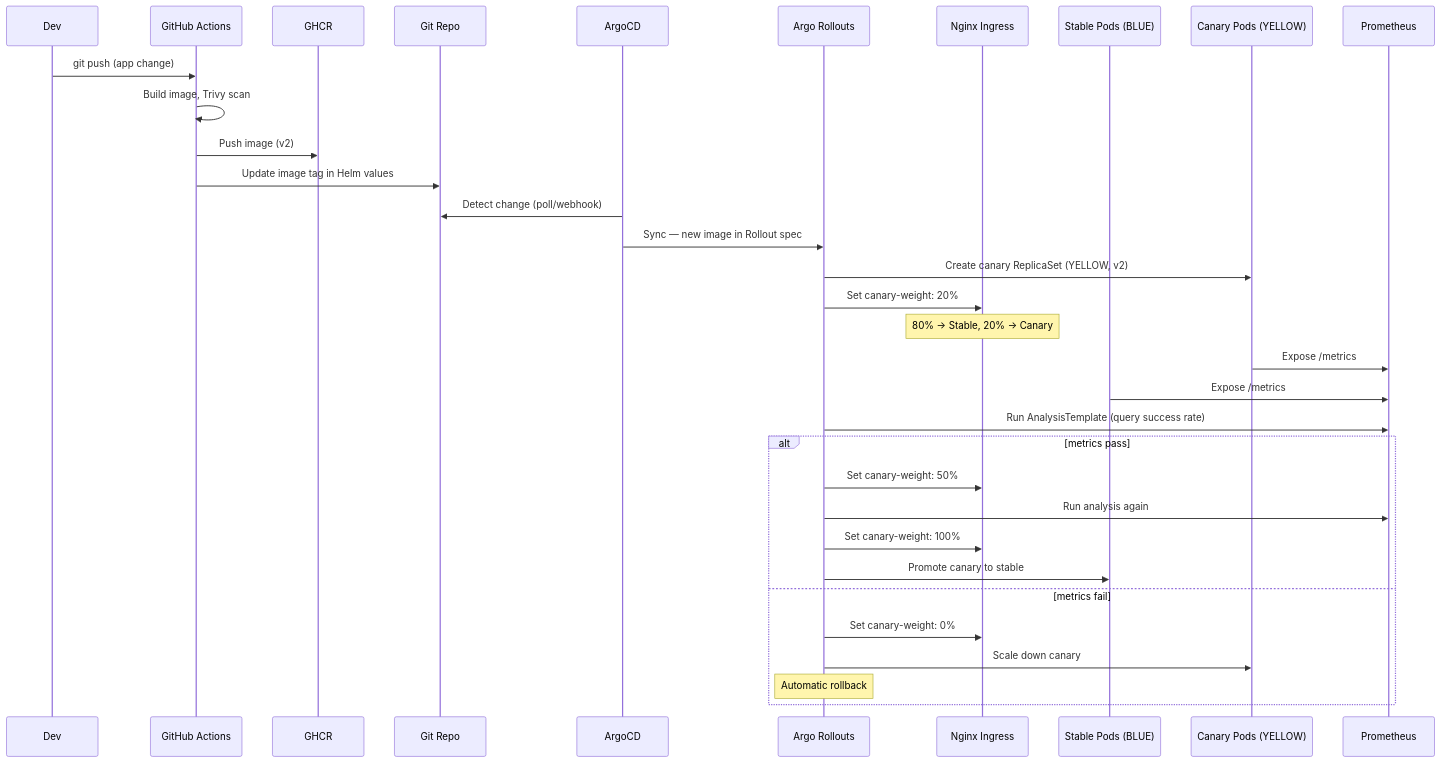
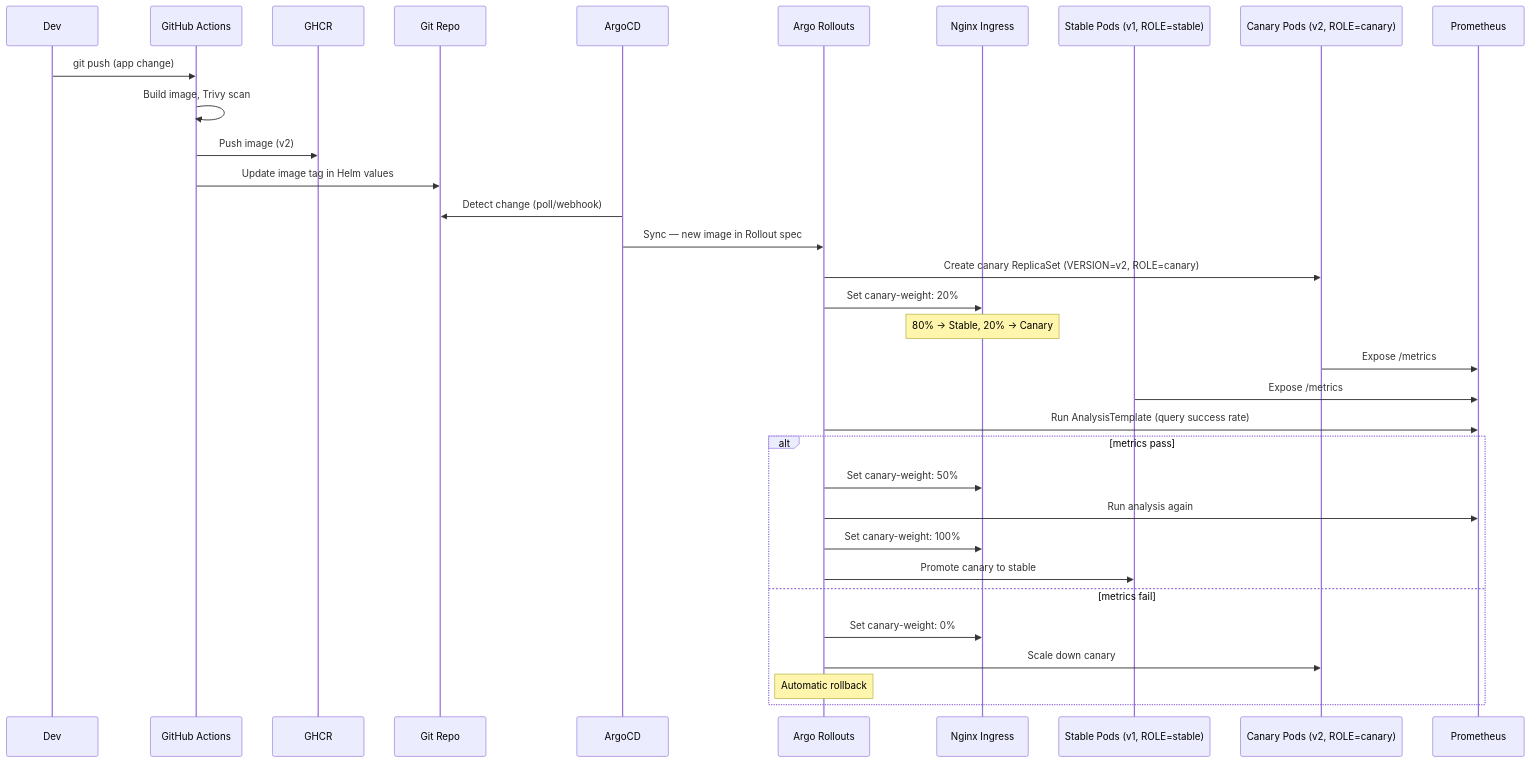
One commit to bullet-ant/k8s-canary-delivery-platform changed the second of 2 diagrams in docs/ARCHITECTURE.md. Above: the diagram before and after it, drawn with Mermaid. The commit also changed other lines of this file and 9 other files, not shown here.

First line of the commit message:
feat: update canary demo to use version-based traffic visualization

````diff
--- a/docs/ARCHITECTURE.md
+++ b/docs/ARCHITECTURE.md
@@ -165,36 +163,36 @@
 ```mermaid
 sequenceDiagram
     participant Dev
     participant GitHub as GitHub Actions
     participant GHCR
     participant Repo as Git Repo
     participant ArgoCD
     participant Rollouts as Argo Rollouts
     participant Nginx as Nginx Ingress
-    participant Stable as Stable Pods (BLUE)
-    participant Canary as Canary Pods (YELLOW)
+    participant Stable as Stable Pods (v1, ROLE=stable)
+    participant Canary as Canary Pods (v2, ROLE=canary)
     participant Prom as Prometheus
 
     Dev->>GitHub: git push (app change)
     GitHub->>GitHub: Build image, Trivy scan
     GitHub->>GHCR: Push image (v2)
     GitHub->>Repo: Update image tag in Helm values
     ArgoCD->>Repo: Detect change (poll/webhook)
     ArgoCD->>Rollouts: Sync — new image in Rollout spec
-    Rollouts->>Canary: Create canary ReplicaSet (YELLOW, v2)
+    Rollouts->>Canary: Create canary ReplicaSet (VERSION=v2, ROLE=canary)
     Rollouts->>Nginx: Set canary-weight: 20%
     Note over Nginx: 80% → Stable, 20% → Canary
     Canary->>Prom: Expose /metrics
     Stable->>Prom: Expose /metrics
     Rollouts->>Prom: Run AnalysisTemplate (query success rate)
     alt metrics pass
         Rollouts->>Nginx: Set canary-weight: 50%
         Rollouts->>Prom: Run analysis again
         Rollouts->>Nginx: Set canary-weight: 100%
         Rollouts->>Stable: Promote canary to stable
     else metrics fail
         Rollouts->>Nginx: Set canary-weight: 0%
         Rollouts->>Canary: Scale down canary
         Note over Rollouts: Automatic rollback
     end
 ```
````
